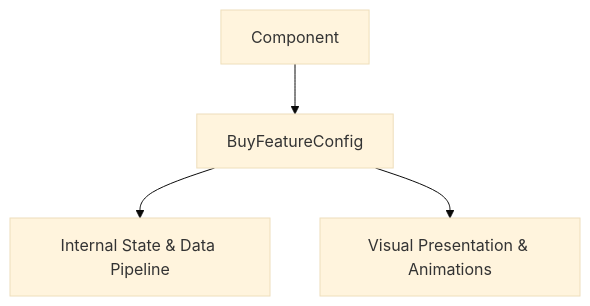
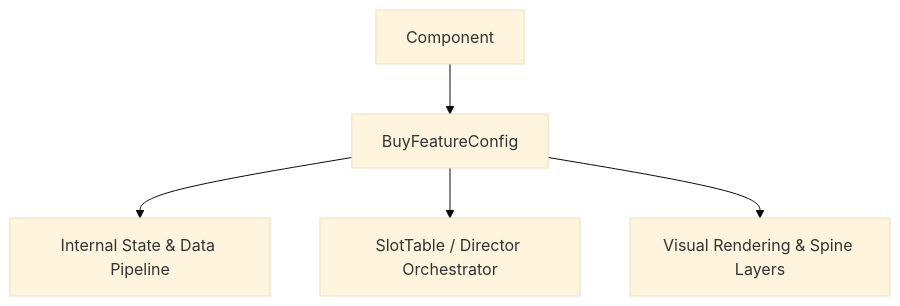
One commit to lam-ark/mcp-fwcc changed the diagram in docs/cc_slot_mechanics/modules/BuyFeatureConfig/01_overview/01_architecture_and_role.md. Above: the diagram before and after it, drawn with Mermaid (base theme). The commit also changed other lines of this file and 2509 other files, not shown here.

````diff
--- a/docs/cc_slot_mechanics/modules/BuyFeatureConfig/01_overview/01_architecture_and_role.md
+++ b/docs/cc_slot_mechanics/modules/BuyFeatureConfig/01_overview/01_architecture_and_role.md
@@ -18,6 +24,7 @@
 ```mermaid
 graph TD
-    Parent[Component] --> Mod[BuyFeatureConfig]
-    Mod --> State[Internal State & Data Pipeline]
-    Mod --> Render[Visual Presentation & Animations]
+    SuperClass[Component] --> TargetClass[BuyFeatureConfig]
+    TargetClass --> DataPipeline[Internal State & Data Pipeline]
+    TargetClass --> Orchestrator[SlotTable / Director Orchestrator]
+    TargetClass --> ViewLayer[Visual Rendering & Spine Layers]
 ```
````
